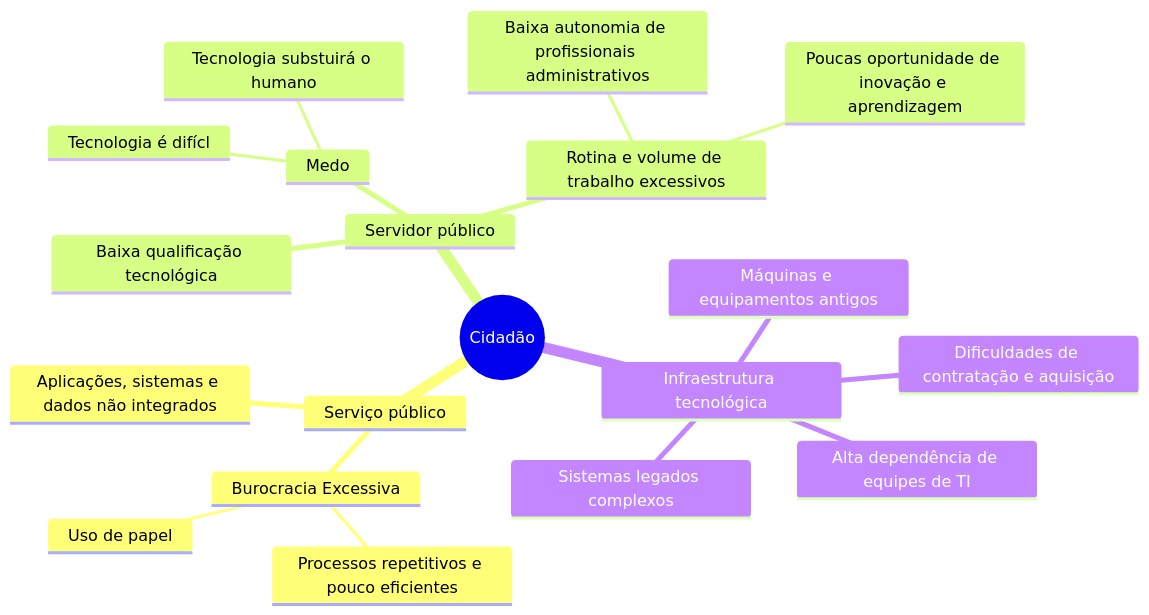
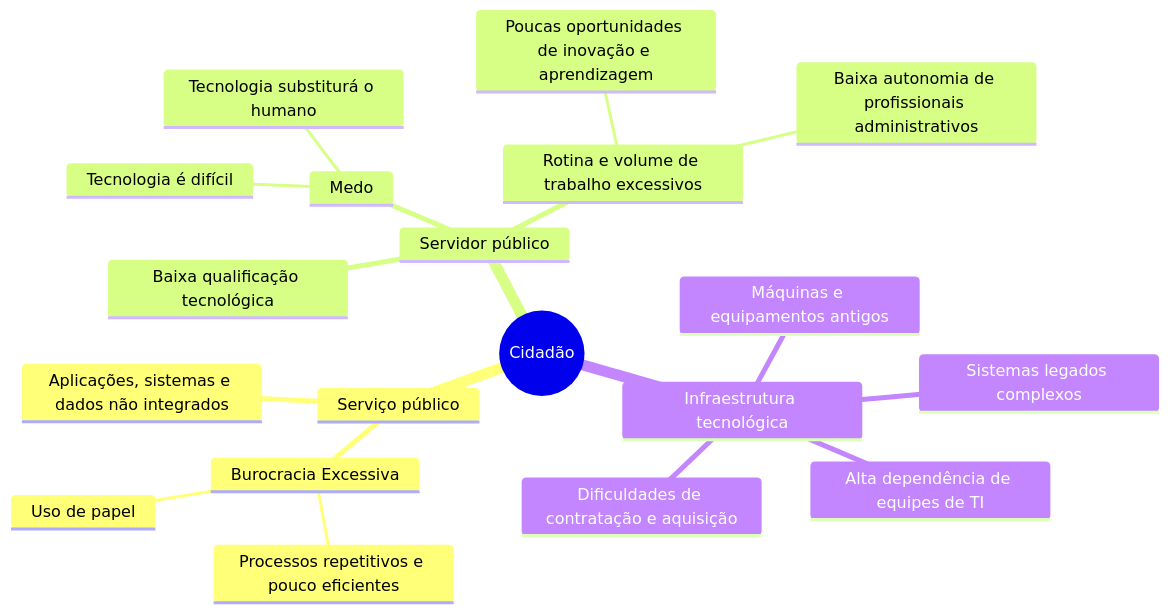
One commit to splor-mg/apresentacoes changed the first of 2 diagrams in slides/20260622_python_sudeste.md. Above: the diagram before and after it, drawn with Mermaid. The commit also changed other lines of this file, not shown here.

```diff
--- a/slides/20260622_python_sudeste.md
+++ b/slides/20260622_python_sudeste.md
@@ -25,22 +25,22 @@
 <pre class="mermaid">
 mindmap
   root((Cidadão))
     Serviço público
       Burocracia Excessiva
         Processos repetitivos e pouco eficientes
         Uso de papel
       Aplicações, sistemas e dados não integrados
     Servidor público
       Baixa qualificação tecnológica
       Medo
-        Tecnologia é difícl
-        Tecnologia substuirá o humano
+        Tecnologia é difícil
+        Tecnologia substiturá o humano
       Rotina e volume de trabalho excessivos
-        Poucas oportunidade de inovação e aprendizagem
+        Poucas oportunidades de inovação e aprendizagem
         Baixa autonomia de profissionais administrativos
     Infraestrutura tecnológica
       Máquinas e equipamentos antigos
       Sistemas legados complexos
       Dificuldades de contratação e aquisição
       Alta dependência de equipes de TI
 </pre>
```
